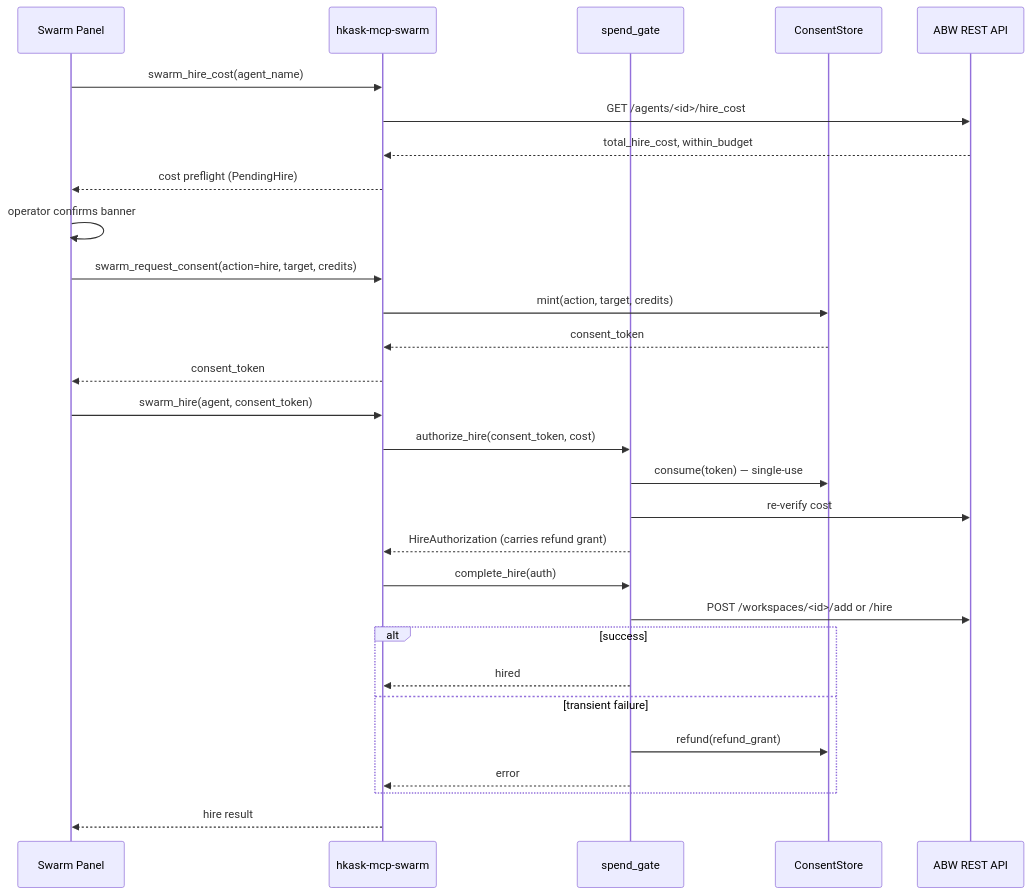
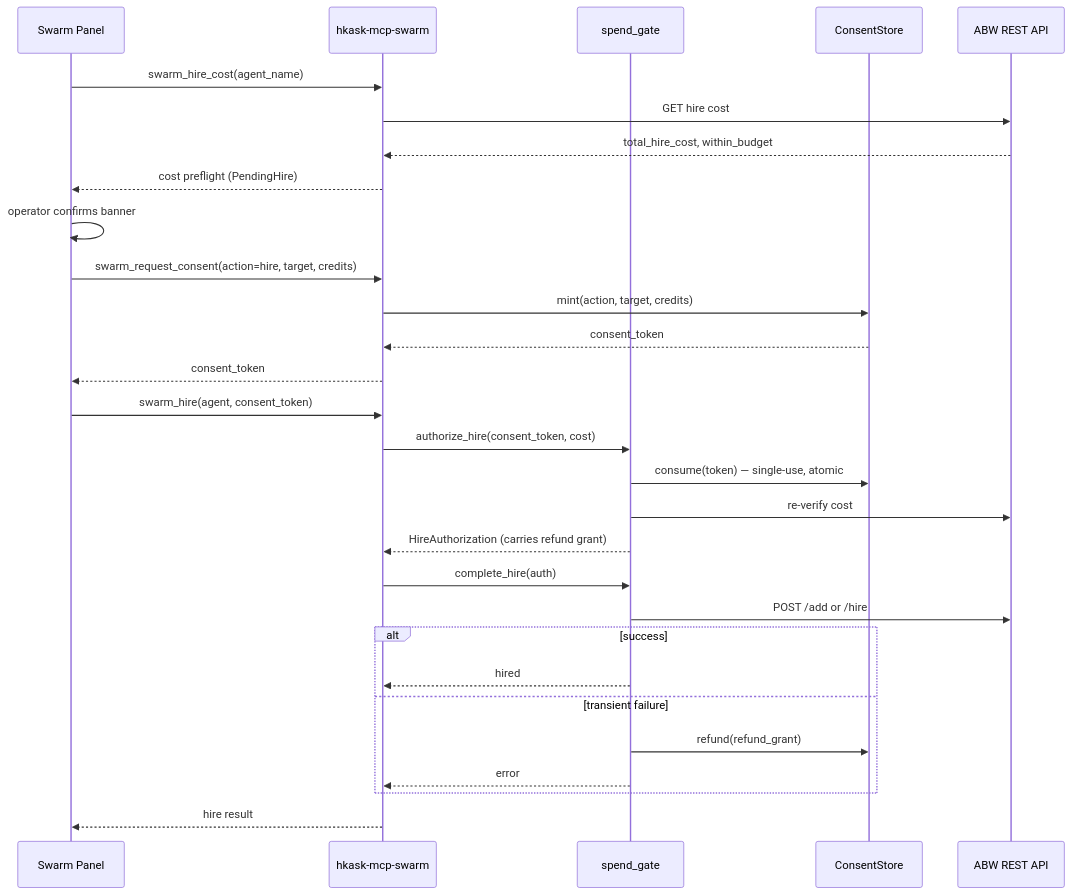
One commit to mdz-axo/zed-kask changed the second of 2 diagrams in kask/docs/diataxis/swarm_system/how-to.md. Above: the diagram before and after it, drawn with Mermaid. The commit also changed other lines of this file and 41 other files, not shown here.

````diff
--- a/kask/docs/diataxis/swarm_system/how-to.md
+++ b/kask/docs/diataxis/swarm_system/how-to.md
@@ -71,31 +72,31 @@
 ```mermaid
 sequenceDiagram
     participant Panel as Swarm Panel
     participant Server as hkask-mcp-swarm
     participant Gate as spend_gate
     participant Consent as ConsentStore
     participant ABW as ABW REST API
     Panel->>Server: swarm_hire_cost(agent_name)
-    Server->>ABW: GET /agents/<id>/hire_cost
+    Server->>ABW: GET hire cost
     ABW-->>Server: total_hire_cost, within_budget
     Server-->>Panel: cost preflight (PendingHire)
     Panel->>Panel: operator confirms banner
     Panel->>Server: swarm_request_consent(action=hire, target, credits)
     Server->>Consent: mint(action, target, credits)
     Consent-->>Server: consent_token
     Server-->>Panel: consent_token
     Panel->>Server: swarm_hire(agent, consent_token)
     Server->>Gate: authorize_hire(consent_token, cost)
-    Gate->>Consent: consume(token) — single-use
+    Gate->>Consent: consume(token) — single-use, atomic
     Gate->>ABW: re-verify cost
     Gate-->>Server: HireAuthorization (carries refund grant)
     Server->>Gate: complete_hire(auth)
-    Gate->>ABW: POST /workspaces/<id>/add or /hire
+    Gate->>ABW: POST /add or /hire
     alt success
         Gate-->>Server: hired
     else transient failure
         Gate->>Consent: refund(refund_grant)
         Gate-->>Server: error
     end
     Server-->>Panel: hire result
 ```
````
